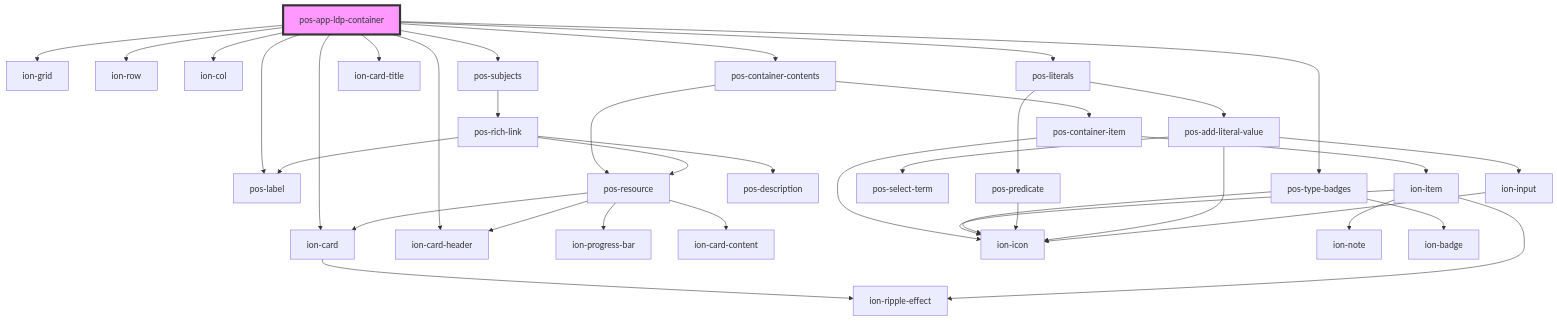
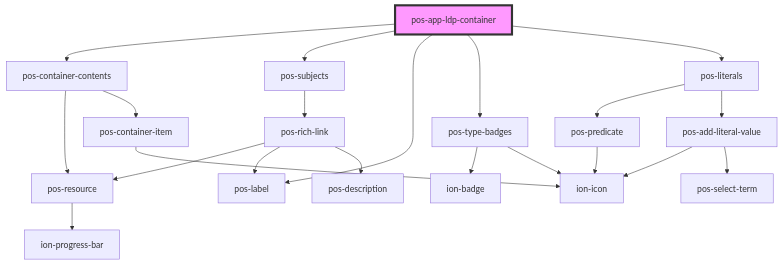
The diagram in docs/elements/apps/pos-app-ldp-container/readme.md (pod-os/PodOS), drawn with Mermaid before and after one commit. The commit also changed other lines of this file and 20 other files, not shown here.

````diff
--- a/docs/elements/apps/pos-app-ldp-container/readme.md
+++ b/docs/elements/apps/pos-app-ldp-container/readme.md
@@ -25,40 +19,24 @@
 ```mermaid
 graph TD;
-  pos-app-ldp-container --> ion-grid
-  pos-app-ldp-container --> ion-row
-  pos-app-ldp-container --> ion-col
   pos-app-ldp-container --> pos-container-contents
   pos-app-ldp-container --> pos-subjects
-  pos-app-ldp-container --> ion-card
-  pos-app-ldp-container --> ion-card-header
-  pos-app-ldp-container --> ion-card-title
   pos-app-ldp-container --> pos-label
   pos-app-ldp-container --> pos-type-badges
   pos-app-ldp-container --> pos-literals
   pos-container-contents --> pos-resource
   pos-container-contents --> pos-container-item
   pos-resource --> ion-progress-bar
-  pos-resource --> ion-card
-  pos-resource --> ion-card-header
-  pos-resource --> ion-card-content
-  ion-card --> ion-ripple-effect
-  pos-container-item --> ion-item
   pos-container-item --> ion-icon
-  ion-item --> ion-icon
-  ion-item --> ion-ripple-effect
-  ion-item --> ion-note
   pos-subjects --> pos-rich-link
   pos-rich-link --> pos-resource
   pos-rich-link --> pos-label
   pos-rich-link --> pos-description
   pos-type-badges --> ion-badge
   pos-type-badges --> ion-icon
   pos-literals --> pos-predicate
   pos-literals --> pos-add-literal-value
   pos-predicate --> ion-icon
   pos-add-literal-value --> ion-icon
   pos-add-literal-value --> pos-select-term
-  pos-add-literal-value --> ion-input
-  ion-input --> ion-icon
   style pos-app-ldp-container fill:#f9f,stroke:#333,stroke-width:4px
 ```
````
